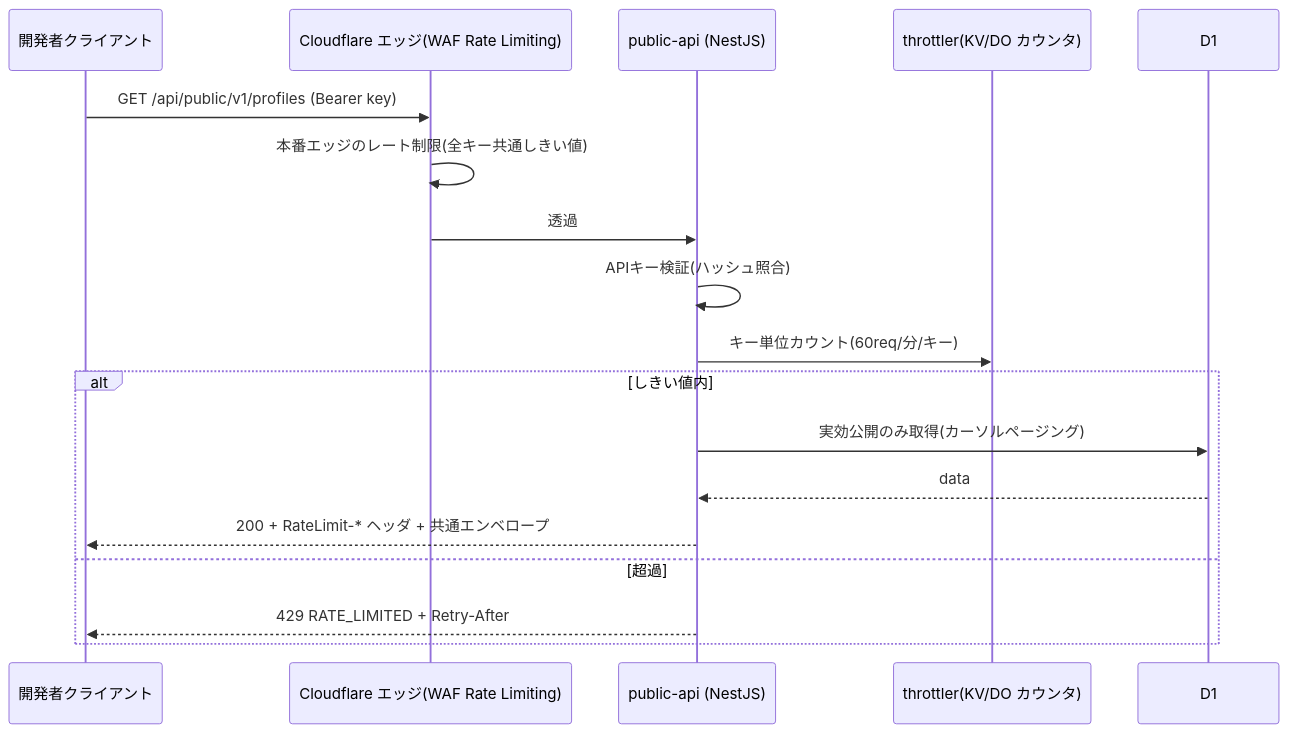
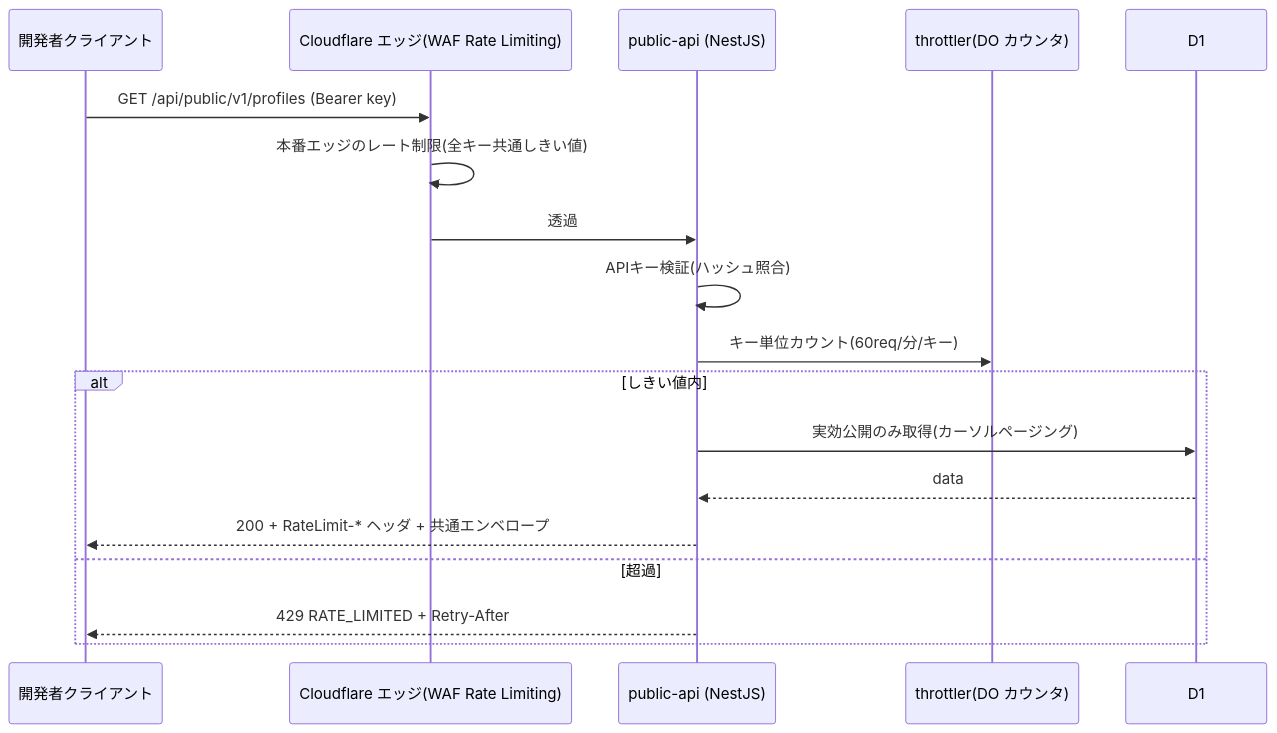
Before and after one commit to kurachiweb/genai-example-1-profile-community: the fourth of 5 diagrams in docs/GUIDES/infra/01-network-architecture.md, drawn with Mermaid. The commit also changed other lines of this file and 5 other files, not shown here.

````diff
--- a/docs/GUIDES/infra/01-network-architecture.md
+++ b/docs/GUIDES/infra/01-network-architecture.md
@@ -161,21 +161,21 @@
 ```mermaid
 sequenceDiagram
     participant D as 開発者クライアント
     participant E as Cloudflare エッジ(WAF Rate Limiting)
     participant P as public-api (NestJS)
-    participant TH as throttler(KV/DO カウンタ)
+    participant TH as throttler(DO カウンタ)
     participant DB as D1
 
     D->>E: GET /api/public/v1/profiles (Bearer key)
     E->>E: 本番エッジのレート制限(全キー共通しきい値)
     E->>P: 透過
     P->>P: APIキー検証(ハッシュ照合)
     P->>TH: キー単位カウント(60req/分/キー)
     alt しきい値内
         P->>DB: 実効公開のみ取得(カーソルページング)
         DB-->>P: data
         P-->>D: 200 + RateLimit-* ヘッダ + 共通エンベロープ
     else 超過
         P-->>D: 429 RATE_LIMITED + Retry-After
     end
 ```
````
